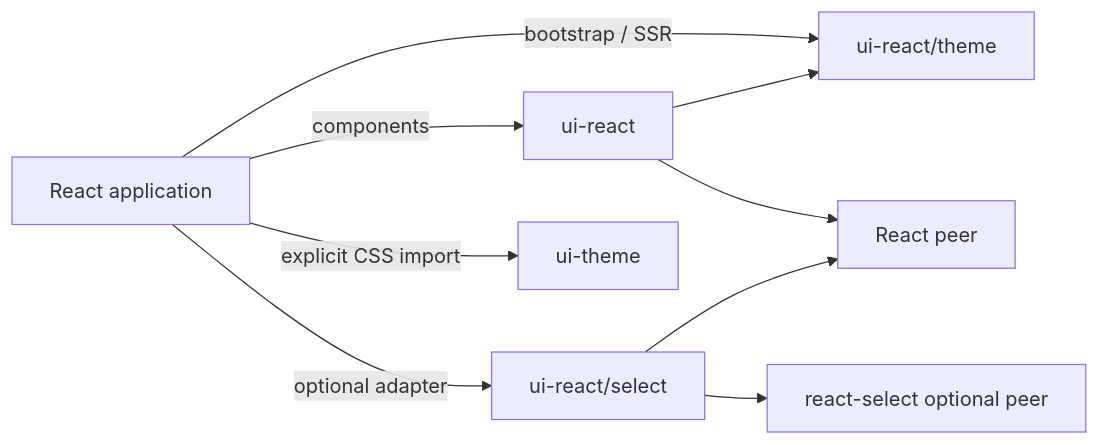
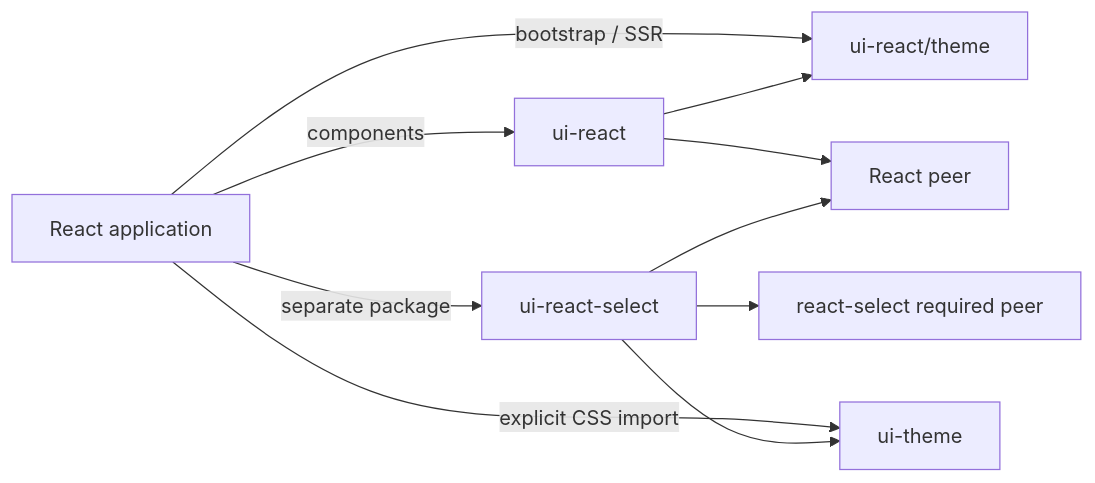
Before and after one commit to wintermuted/wintermuted-ui: the first of 2 diagrams in packages/ui-react/docs/architecture.md, drawn with Mermaid. The commit also changed other lines of this file and 43 other files, not shown here.

First line of the commit message:
feat!: extract react-select components into standalone package

````diff
--- a/packages/ui-react/docs/architecture.md
+++ b/packages/ui-react/docs/architecture.md
@@ -29,11 +28,12 @@
 ```mermaid
 flowchart LR
     App["React application"] -->|"components"| Index["ui-react"]
-    App -->|"optional adapter"| Select["ui-react/select"]
+    App -->|"separate package"| Select["ui-react-select"]
     App -->|"bootstrap / SSR"| Theme["ui-react/theme"]
     App -->|"explicit CSS import"| CSS["ui-theme"]
     Index --> Theme
     Index --> React["React peer"]
     Select --> React
-    Select --> Adapter["react-select optional peer"]
+    Select --> Adapter["react-select required peer"]
+    Select --> CSS
 ```
````
